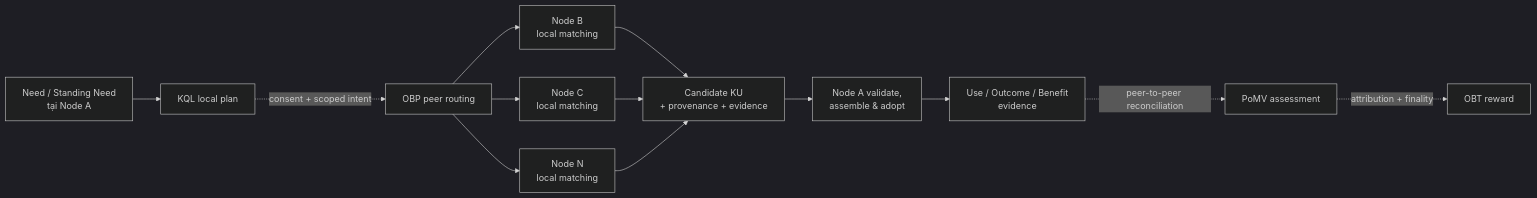
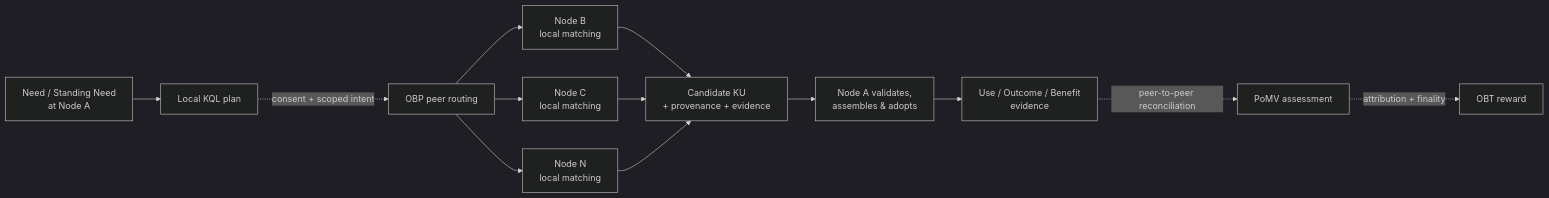
One commit to shpy2001gemi/OneBrain changed the fourth of 4 diagrams in README.md. Above: the diagram before and after it, drawn with Mermaid (dark theme). The commit also changed other lines of this file and 1 other file, not shown here.

````diff
--- a/README.md
+++ b/README.md
@@ -421,15 +423,15 @@
 ```mermaid
 flowchart LR
-    A["Need / Standing Need<br/>tại Node A"] --> B["KQL local plan"]
+    A["Need / Standing Need<br/>at Node A"] --> B["Local KQL plan"]
     B -. consent + scoped intent .-> C["OBP peer routing"]
     C --> D1["Node B<br/>local matching"]
     C --> D2["Node C<br/>local matching"]
     C --> D3["Node N<br/>local matching"]
     D1 --> E["Candidate KU<br/>+ provenance + evidence"]
     D2 --> E
     D3 --> E
-    E --> F["Node A validate,<br/>assemble & adopt"]
+    E --> F["Node A validates,<br/>assembles & adopts"]
     F --> G["Use / Outcome / Benefit<br/>evidence"]
     G -. peer-to-peer reconciliation .-> H["PoMV assessment"]
     H -. attribution + finality .-> I["OBT reward"]
 ```
````
